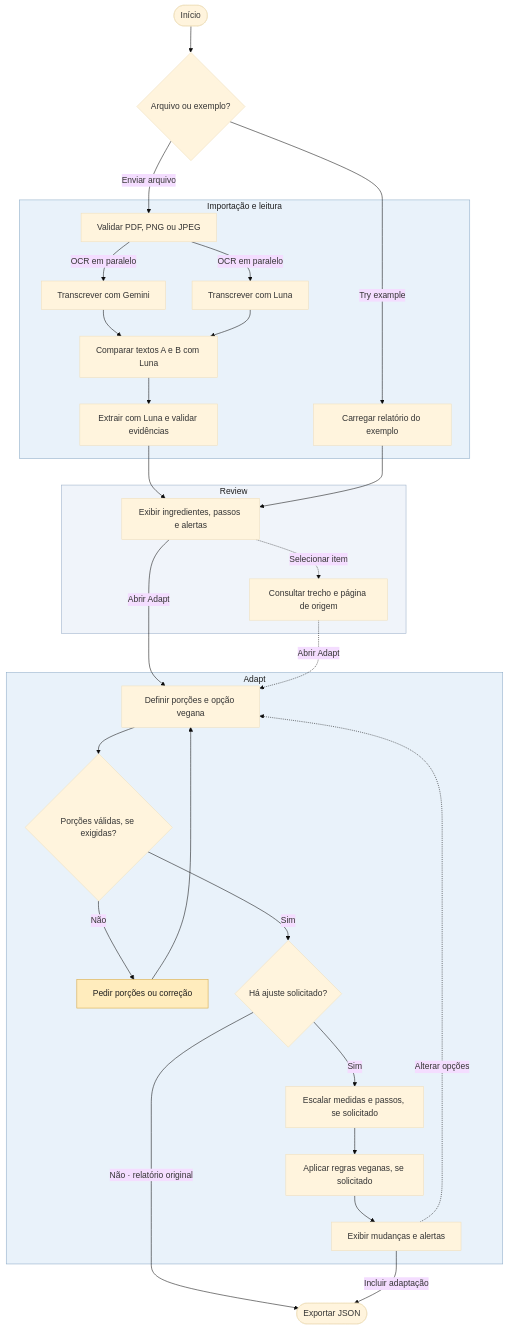
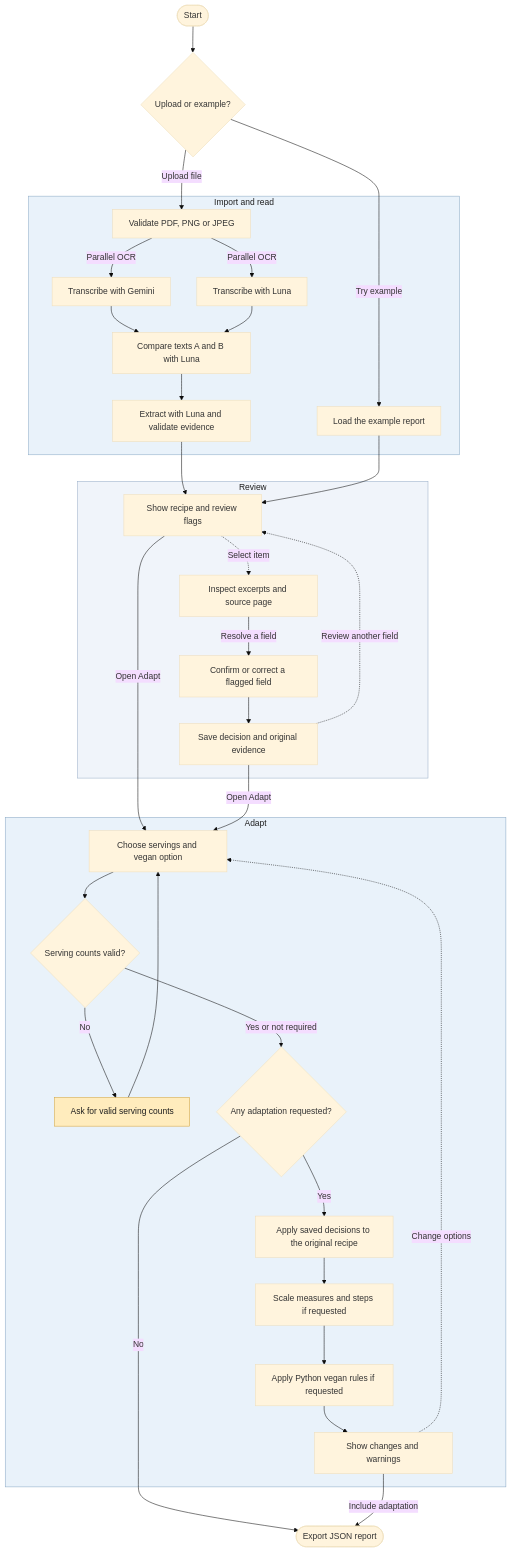
One commit to Gabriel-Volker/finlyt-cookbook changed the diagram in docs/activity-diagram.md. Above: the diagram before and after it, drawn with Mermaid (base theme). The commit also changed other lines of this file and 12 other files, not shown here.

Commit message:
Add auditable recipe review before adaptation

````diff
--- a/docs/activity-diagram.md
+++ b/docs/activity-diagram.md
@@ -5,58 +5,65 @@
 ```mermaid
 flowchart TD
-    start(["Início"]) --> entry{"Arquivo ou exemplo?"}
+    start(["Start"]) --> entry{"Upload or example?"}
 
-    subgraph reading ["Importação e leitura"]
-        upload["Validar PDF, PNG ou JPEG"]
-        gemini["Transcrever com Gemini"]
-        luna["Transcrever com Luna"]
-        compare["Comparar textos A e B com Luna"]
-        extract["Extrair com Luna e validar evidências"]
-        example["Carregar relatório do exemplo"]
-        upload -->|"OCR em paralelo"| gemini
-        upload -->|"OCR em paralelo"| luna
+    subgraph reading ["Import and read"]
+        upload["Validate PDF, PNG or JPEG"]
+        gemini["Transcribe with Gemini"]
+        luna["Transcribe with Luna"]
+        compare["Compare texts A and B with Luna"]
+        extract["Extract with Luna and validate evidence"]
+        example["Load the example report"]
+        upload -->|"Parallel OCR"| gemini
+        upload -->|"Parallel OCR"| luna
         gemini --> compare
         luna --> compare
         compare --> extract
     end
 
-    entry -->|"Enviar arquivo"| upload
+    entry -->|"Upload file"| upload
     entry -->|"Try example"| example
 
     subgraph review ["Review"]
-        display["Exibir ingredientes, passos e alertas"]
-        inspect["Consultar trecho e página de origem"]
-        display -.->|"Selecionar item"| inspect
+        display["Show recipe and review flags"]
+        inspect["Inspect excerpts and source page"]
+        resolve["Confirm or correct a flagged field"]
+        saveReview["Save decision and original evidence"]
+        display -.->|"Select item"| inspect
+        inspect -->|"Resolve a field"| resolve
+        resolve --> saveReview
+        saveReview -.->|"Review another field"| display
     end
 
     extract --> display
     example --> display
 
     subgraph adapt ["Adapt"]
-        options["Definir porções e opção vegana"]
-        valid{"Porções válidas, se exigidas?"}
-        correct["Pedir porções ou correção"]
-        requested{"Há ajuste solicitado?"}
-        scale["Escalar medidas e passos, se solicitado"]
-        vegan["Aplicar regras veganas, se solicitado"]
-        changes["Exibir mudanças e alertas"]
+        options["Choose servings and vegan option"]
+        valid{"Serving counts valid?"}
+        correct["Ask for valid serving counts"]
+        requested{"Any adaptation requested?"}
+        base["Apply saved decisions to the original recipe"]
+        scale["Scale measures and steps if requested"]
+        vegan["Apply Python vegan rules if requested"]
+        changes["Show changes and warnings"]
         options --> valid
-        valid -->|"Não"| correct
+        valid -->|"No"| correct
         correct --> options
-        valid -->|"Sim"| requested
-        requested -->|"Sim"| scale
+        valid -->|"Yes or not required"| requested
+        requested -->|"Yes"| base
+        base --> scale
         scale --> vegan
         vegan --> changes
-        changes -.->|"Alterar opções"| options
+        changes -.->|"Change options"| options
     end
 
-    display -->|"Abrir Adapt"| options
-    inspect -.->|"Abrir Adapt"| options
-    requested -->|"Não · relatório original"| download(["Exportar JSON"])
-    changes -->|"Incluir adaptação"| download
+    display -->|"Open Adapt"| options
+    saveReview -->|"Open Adapt"| options
+    requested -->|"No"| download(["Export JSON report"])
+    changes -->|"Include adaptation"| download
 
     style reading fill:#E9F2FA,stroke:#8AA9C6,color:#1E1E1E
     style review fill:#F0F4FA,stroke:#9AAFC8,color:#1E1E1E
     style adapt fill:#E9F2FA,stroke:#8AA9C6,color:#1E1E1E
     style correct fill:#FFECBD,stroke:#D5A43A,color:#1E1E1E
 ```
````
